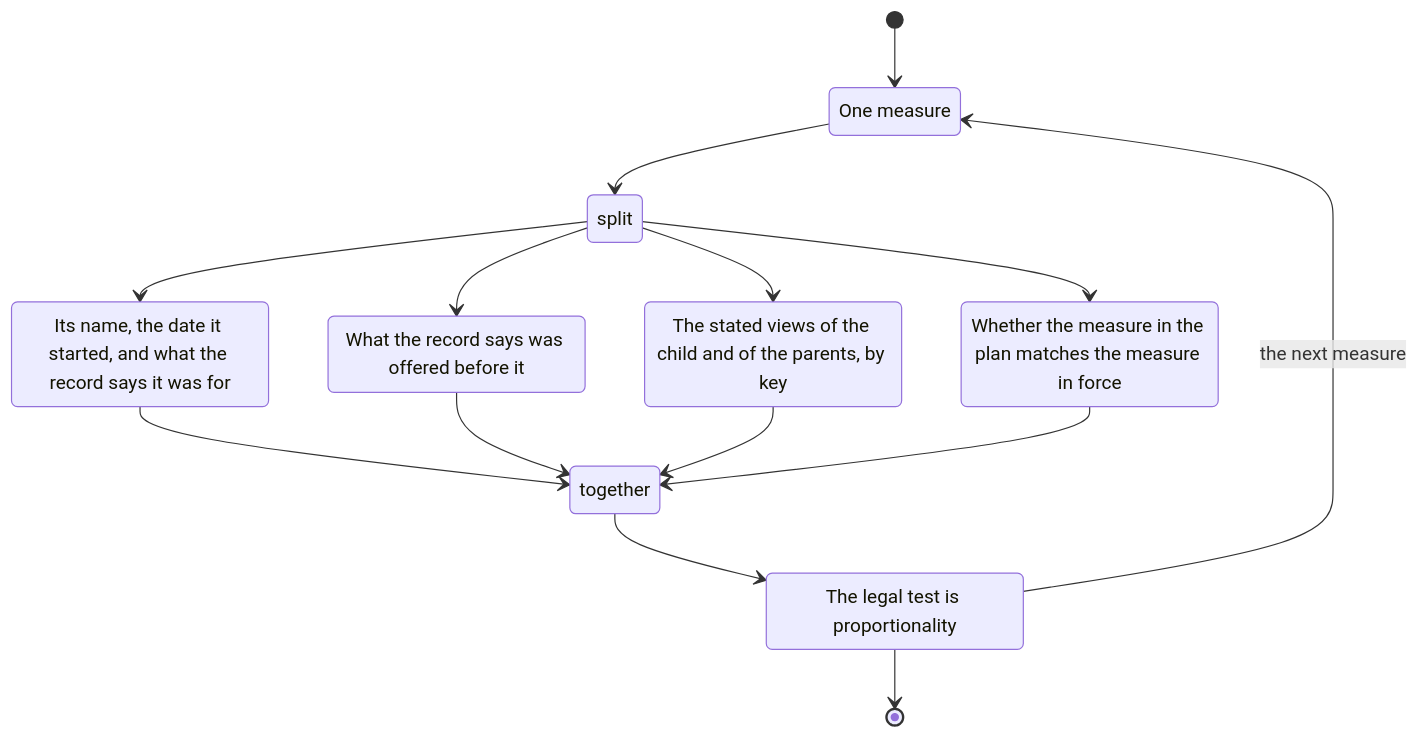
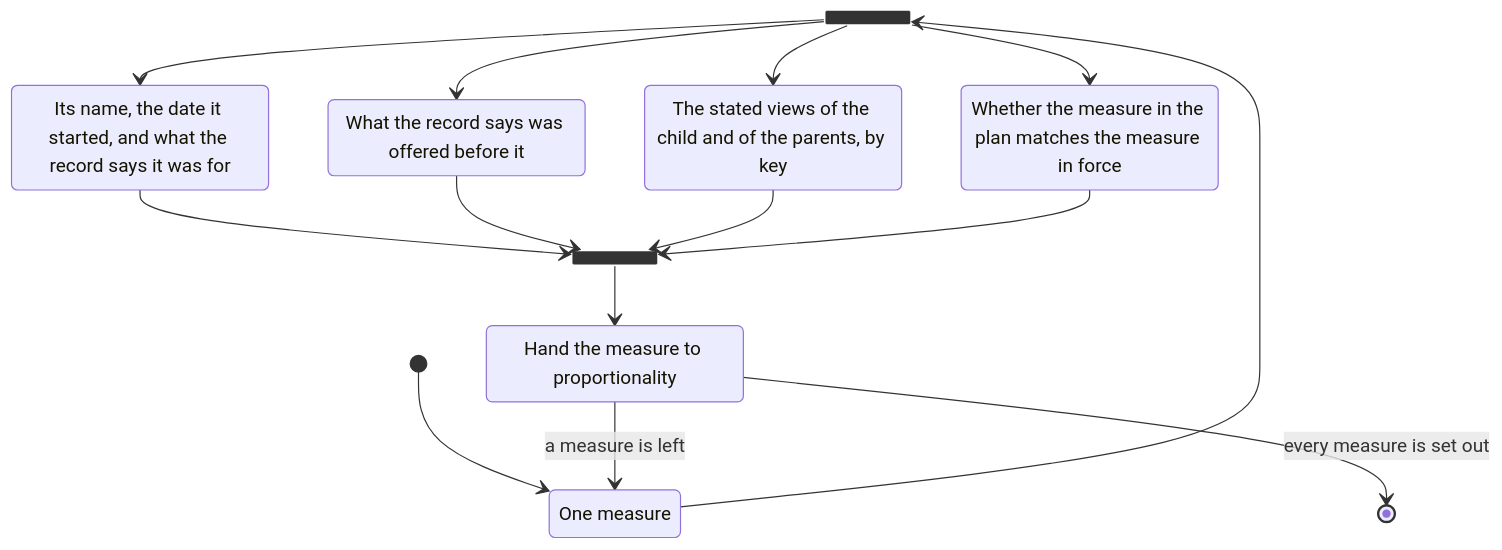
Before and after one commit to evidlabel/skills: the diagram in analysis/social-work/measures/index.md, drawn with Mermaid. The commit also changed 23 other files, not shown here.

````diff
--- a/analysis/social-work/measures/index.md
+++ b/analysis/social-work/measures/index.md
@@ -10,25 +10,25 @@
 ```mermaid
 stateDiagram-v2
+  state split <<fork>>
+  state together <<join>>
   state "One measure" as One
   state "Its name, the date it started, and what the record says it was for" as Named
   state "What the record says was offered before it" as Before
   state "The stated views of the child and of the parents, by key" as Views
   state "Whether the measure in the plan matches the measure in force" as Match
-  state "The legal test is proportionality" as Test
+  state "Hand the measure to proportionality" as Test
 
   [*] --> One
   One --> split
-  state split <<fork>>
   split --> Named
   split --> Before
   split --> Views
   split --> Match
   Named --> together
   Before --> together
   Views --> together
   Match --> together
-  state together <<join>>
   together --> Test
-  Test --> One: the next measure
-  Test --> [*]
+  Test --> One: a measure is left
+  Test --> [*]: every measure is set out
 ```
````
